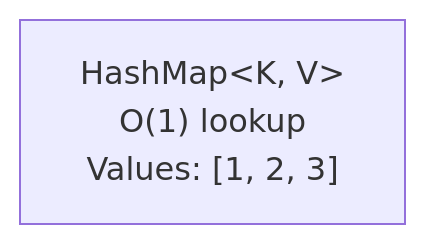
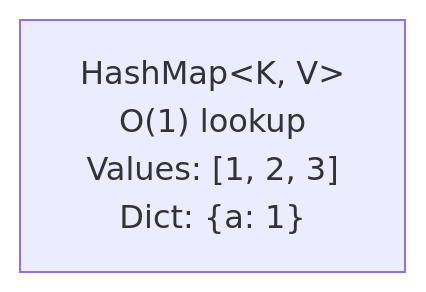
One commit to wahidyankf/open-sharia-enterprise changed diagram 17 of 17 in docs/explanation/conventions/ex-co__diagrams.md. Above: the diagram before and after it, drawn with Mermaid. The commit also changed other lines of this file and 5 other files, not shown here.

First line of the commit message:
fix(ayokoding-web): escape curly braces in Mermaid diagrams and update rules

````diff
--- a/docs/explanation/conventions/ex-co__diagrams.md
+++ b/docs/explanation/conventions/ex-co__diagrams.md
@@ -1142,4 +1142,4 @@
 ```mermaid
 graph TD
-    A[HashMap&lt;K, V&gt;<br/>O#40;1#41; lookup<br/>Values: #91;1, 2, 3#93;]
+    A[HashMap&lt;K, V&gt;<br/>O#40;1#41; lookup<br/>Values: #91;1, 2, 3#93;<br/>Dict: #123;a: 1#125;]
 ```
````
